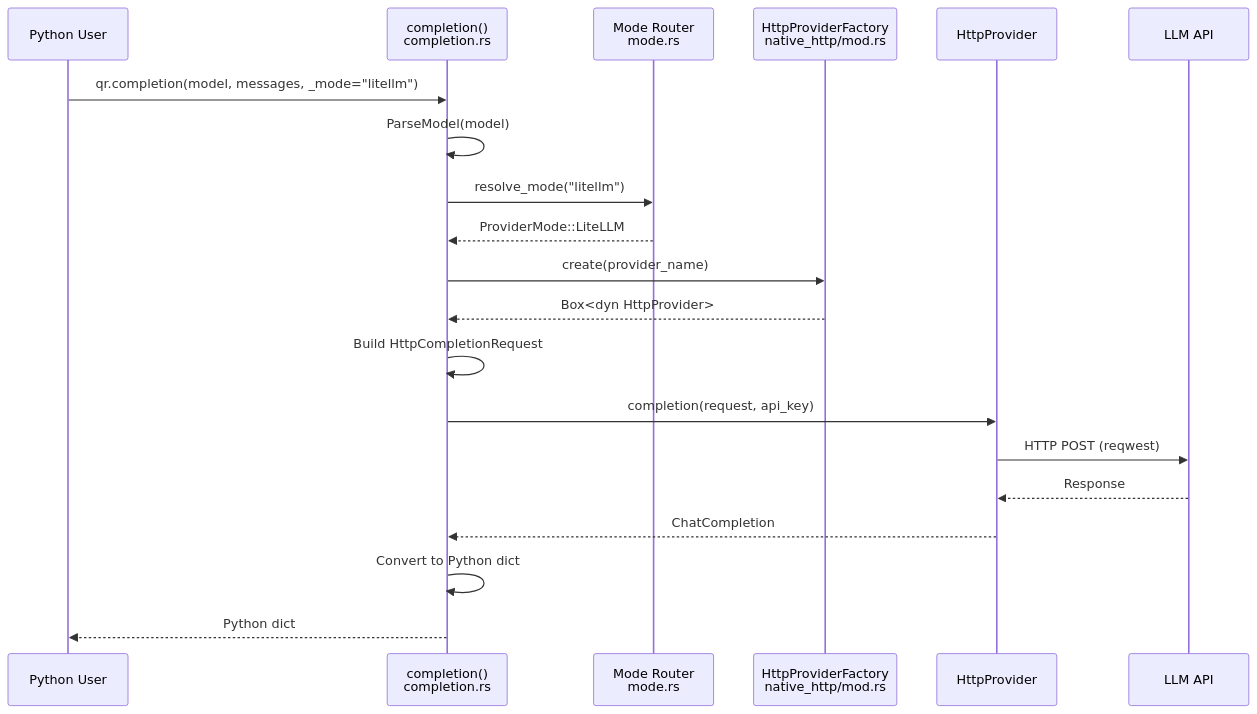
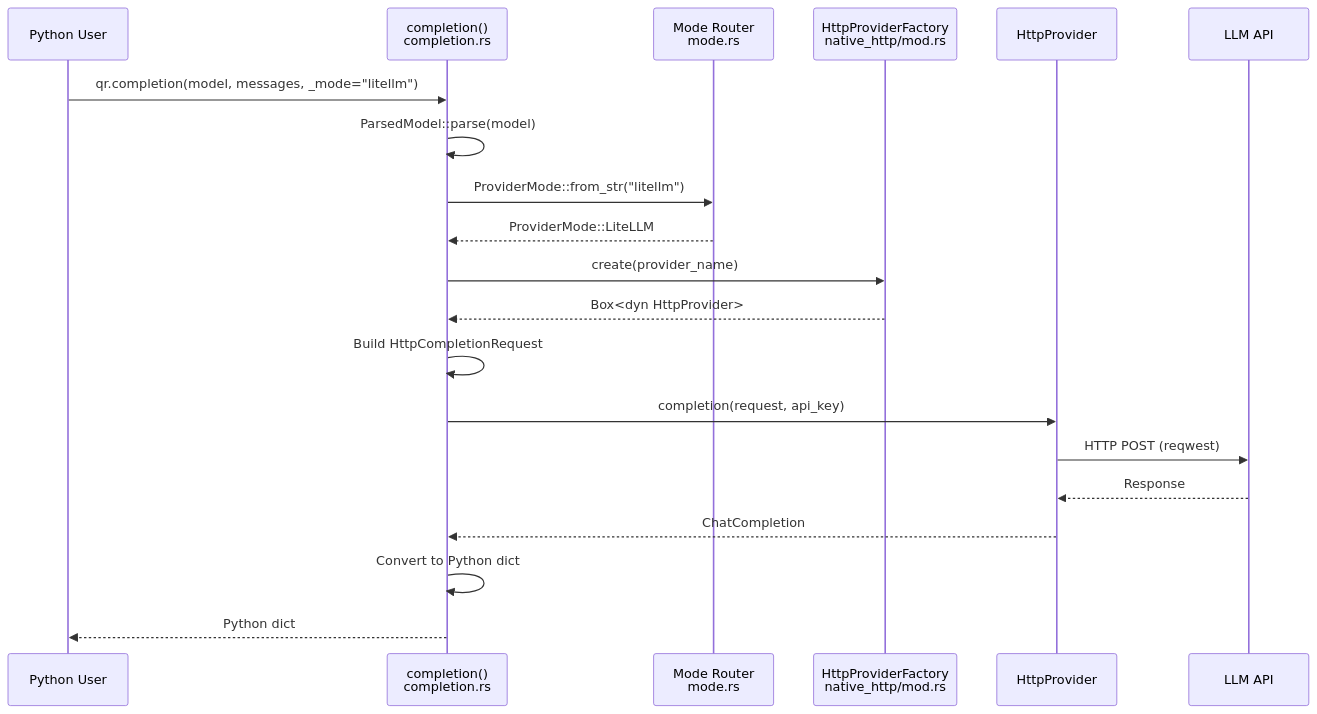
Before and after one commit to CipherOcto/cipherocto: the sixth of 19 diagrams in docs/architecture/quota-router-architecture.md, drawn with Mermaid. The commit also changed other lines of this file, not shown here.

First line of the commit message:
docs: fix 33 inaccuracies in architecture document via adversarial review

````diff
--- a/docs/architecture/quota-router-architecture.md
+++ b/docs/architecture/quota-router-architecture.md
@@ -286,26 +302,26 @@
 ```mermaid
 sequenceDiagram
     participant User as Python User
     participant SDK as completion()<br/>completion.rs
     participant Mode as Mode Router<br/>mode.rs
     participant Factory as HttpProviderFactory<br/>native_http/mod.rs
     participant Provider as HttpProvider
     participant API as LLM API
 
     User->>SDK: qr.completion(model, messages, _mode="litellm")
-    SDK->>SDK: ParseModel(model)
-    SDK->>Mode: resolve_mode("litellm")
+    SDK->>SDK: ParsedModel::parse(model)
+    SDK->>Mode: ProviderMode::from_str("litellm")
     Mode-->>SDK: ProviderMode::LiteLLM
 
     SDK->>Factory: create(provider_name)
     Factory-->>SDK: Box<dyn HttpProvider>
 
     SDK->>SDK: Build HttpCompletionRequest
     SDK->>Provider: completion(request, api_key)
     Provider->>API: HTTP POST (reqwest)
 
     API-->>Provider: Response
     Provider-->>SDK: ChatCompletion
     SDK->>SDK: Convert to Python dict
     SDK-->>User: Python dict
 ```
````
